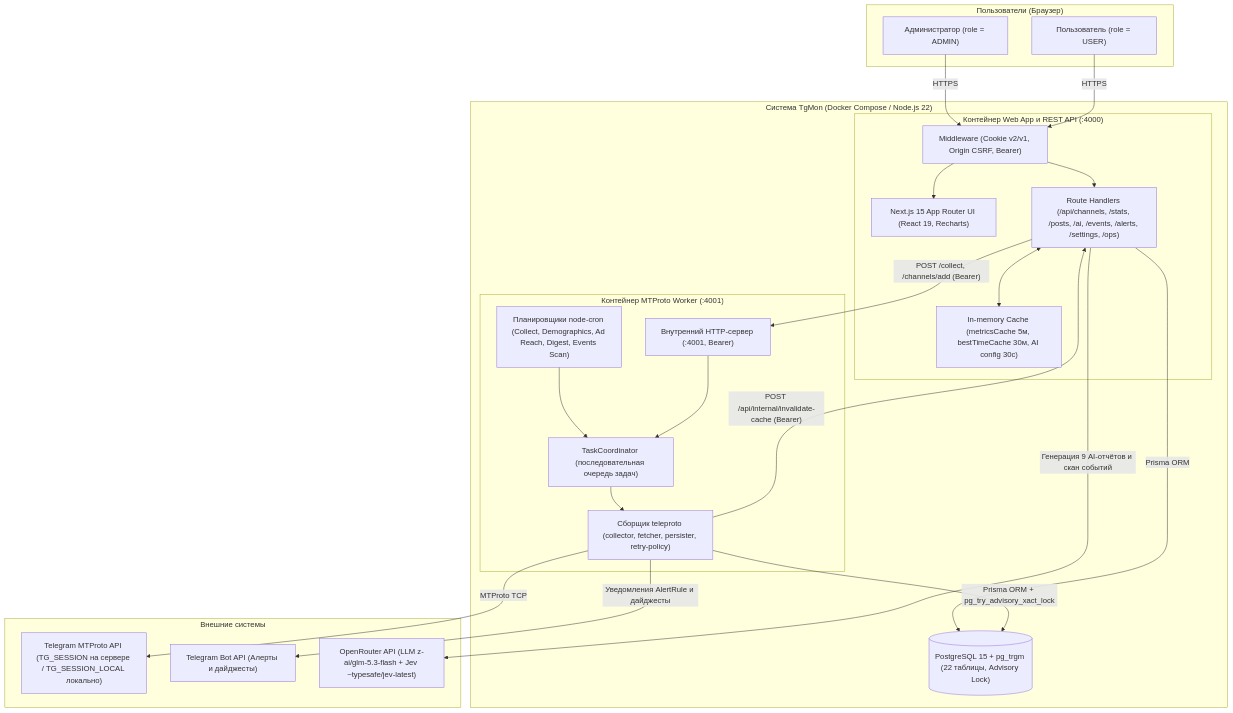
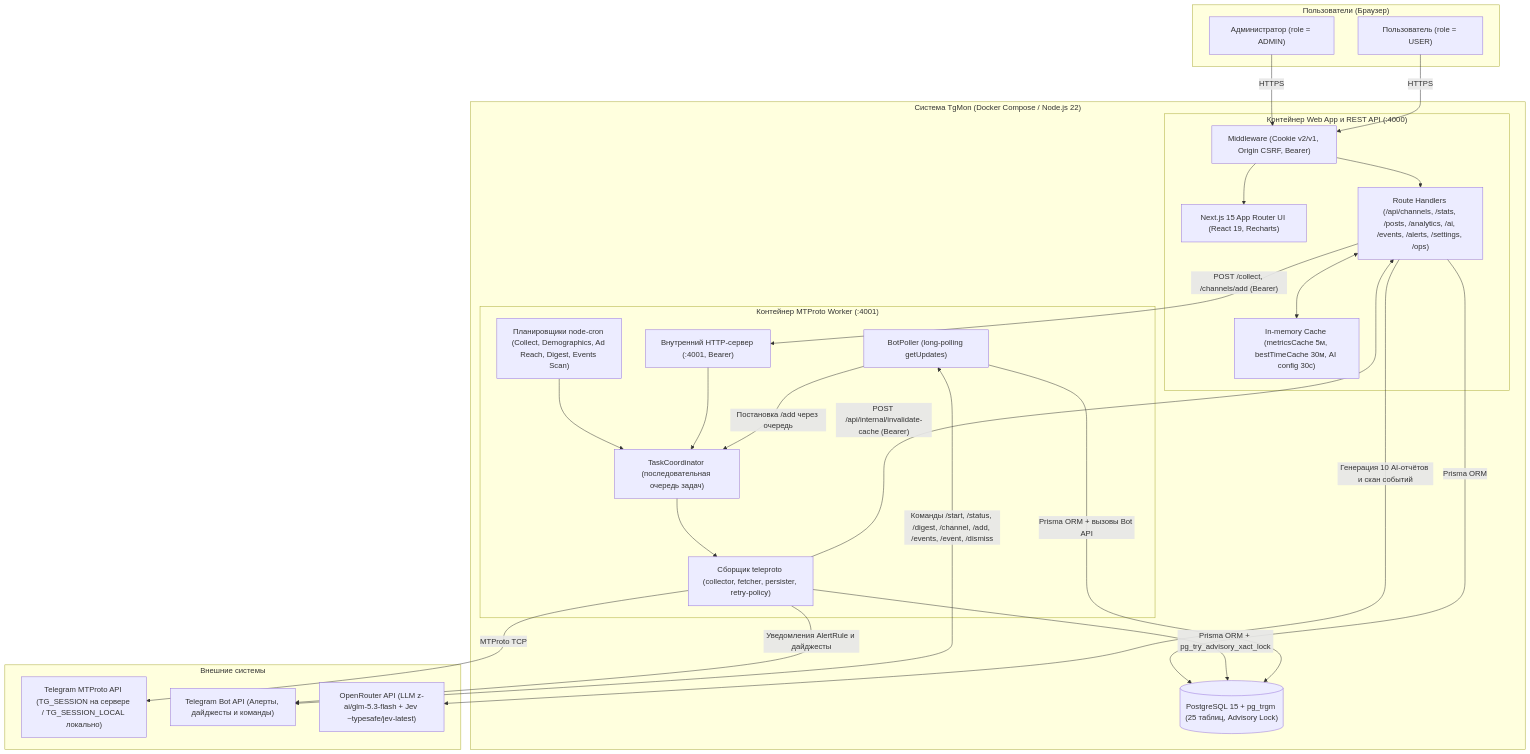
Before and after one commit to liquidsyntes/tg_mons: the first of 8 diagrams in docs/architecture.md, drawn with Mermaid. The commit also changed other lines of this file and 9 other files, not shown here.

````diff
--- a/docs/architecture.md
+++ b/docs/architecture.md
@@ -7,48 +7,52 @@
 ```mermaid
 flowchart TB
     subgraph Users["Пользователи (Браузер)"]
         Admin["Администратор (role = ADMIN)"]
         RegularUser["Пользователь (role = USER)"]
     end
 
     subgraph TgMon["Система TgMon (Docker Compose / Node.js 22)"]
         subgraph WebContainer["Контейнер Web App и REST API (:4000)"]
             MW["Middleware (Cookie v2/v1, Origin CSRF, Bearer)"]
             UI["Next.js 15 App Router UI (React 19, Recharts)"]
-            API["Route Handlers (/api/channels, /stats, /posts, /ai, /events, /alerts, /settings, /ops)"]
+            API["Route Handlers (/api/channels, /stats, /posts, /analytics, /ai, /events, /alerts, /settings, /ops)"]
             Cache["In-memory Cache (metricsCache 5м, bestTimeCache 30м, AI config 30с)"]
         end
 
         subgraph WorkerContainer["Контейнер MTProto Worker (:4001)"]
             WServer["Внутренний HTTP-сервер (:4001, Bearer)"]
             Cron["Планировщики node-cron (Collect, Demographics, Ad Reach, Digest, Events Scan)"]
+            Poller["BotPoller (long-polling getUpdates)"]
             Coord["TaskCoordinator (последовательная очередь задач)"]
             Collector["Сборщик teleproto (collector, fetcher, persister, retry-policy)"]
         end
 
-        DB[("PostgreSQL 15 + pg_trgm (22 таблицы, Advisory Lock)")]
+        DB[("PostgreSQL 15 + pg_trgm (25 таблиц, Advisory Lock)")]
     end
 
     subgraph External["Внешние системы"]
         TG["Telegram MTProto API (TG_SESSION на сервере / TG_SESSION_LOCAL локально)"]
-        Bot["Telegram Bot API (Алерты и дайджесты)"]
+        Bot["Telegram Bot API (Алерты, дайджесты и команды)"]
         OR["OpenRouter API (LLM z-ai/glm-5.3-flash + Jev ~typesafe/jev-latest)"]
     end
 
-    Admin -->|HTTPS| MW
-    RegularUser -->|HTTPS| MW
+    Admin -->|"HTTPS"| MW
+    RegularUser -->|"HTTPS"| MW
     MW --> UI
     MW --> API
     API <--> Cache
-    API -->|Prisma ORM| DB
-    API -->|Генерация 9 AI-отчётов и скан событий| OR
+    API -->|"Prisma ORM"| DB
+    API -->|"Генерация 10 AI-отчётов и скан событий"| OR
     API -->|"POST /collect, /channels/add (Bearer)"| WServer
 
     Cron --> Coord
     WServer --> Coord
+    Poller -->|"Постановка /add через очередь"| Coord
     Coord --> Collector
-    Collector -->|MTProto TCP| TG
-    Collector -->|Prisma ORM + pg_try_advisory_xact_lock| DB
+    Collector -->|"MTProto TCP"| TG
+    Collector -->|"Prisma ORM + pg_try_advisory_xact_lock"| DB
+    Poller -->|"Prisma ORM + вызовы Bot API"| DB
     Collector -->|"POST /api/internal/invalidate-cache (Bearer)"| API
-    Collector -->|Уведомления AlertRule и дайджесты| Bot
+    Collector -->|"Уведомления AlertRule и дайджесты"| Bot
+    Poller <-->|"Команды /start, /status, /digest, /channel, /add, /events, /event, /dismiss"| Bot
 ```
````
